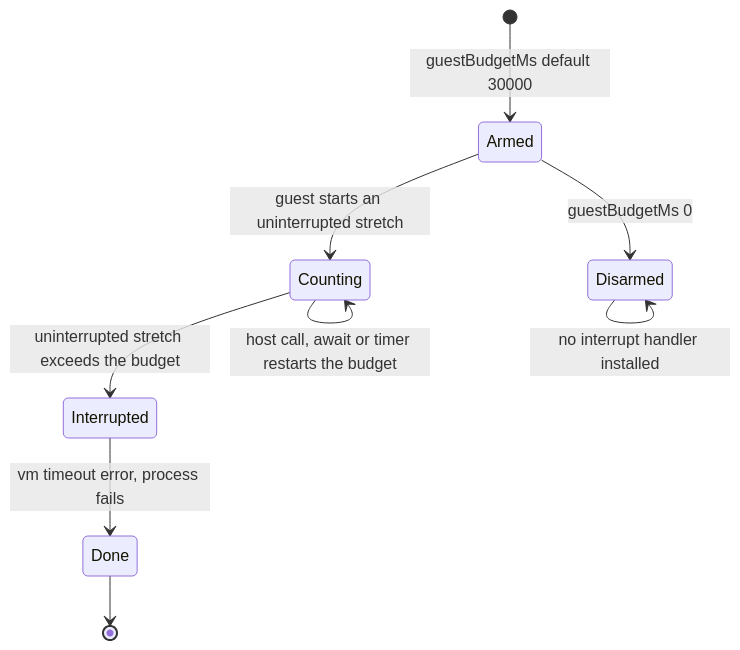
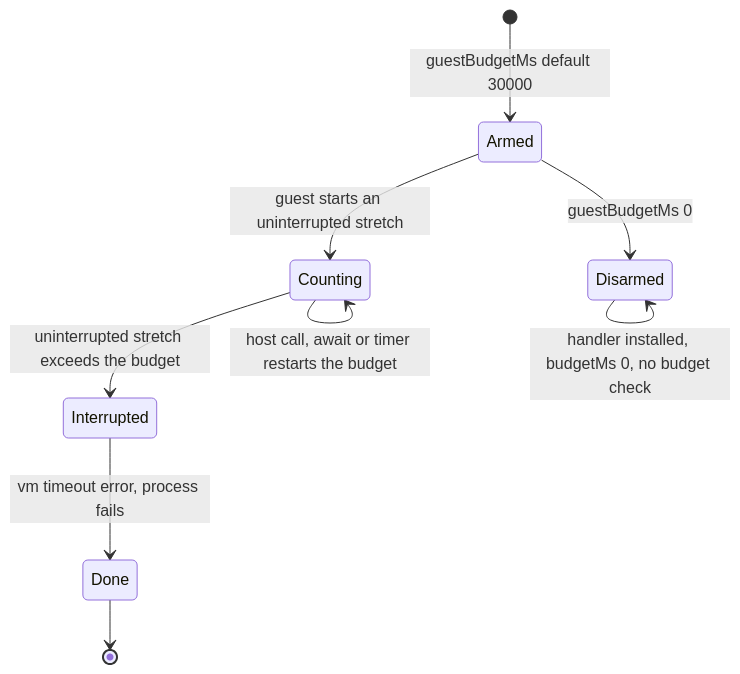
Before and after one commit to dywongcloud/OpenWebContainer: the fourth of 10 diagrams in docs/reference/state-machines.md, drawn with Mermaid. The commit also changed other lines of this file and 16 other files, not shown here.

````diff
--- a/docs/reference/state-machines.md
+++ b/docs/reference/state-machines.md
@@ -109,11 +115,11 @@
 ```mermaid
 stateDiagram-v2
   [*] --> Armed: guestBudgetMs default 30000
   Armed --> Disarmed: guestBudgetMs 0
   Armed --> Counting: guest starts an uninterrupted stretch
   Counting --> Counting: host call, await or timer restarts the budget
   Counting --> Interrupted: uninterrupted stretch exceeds the budget
   Interrupted --> Done: vm timeout error, process fails
-  Disarmed --> Disarmed: no interrupt handler installed
+  Disarmed --> Disarmed: handler installed, budgetMs 0, no budget check
   Done --> [*]
 ```
````
